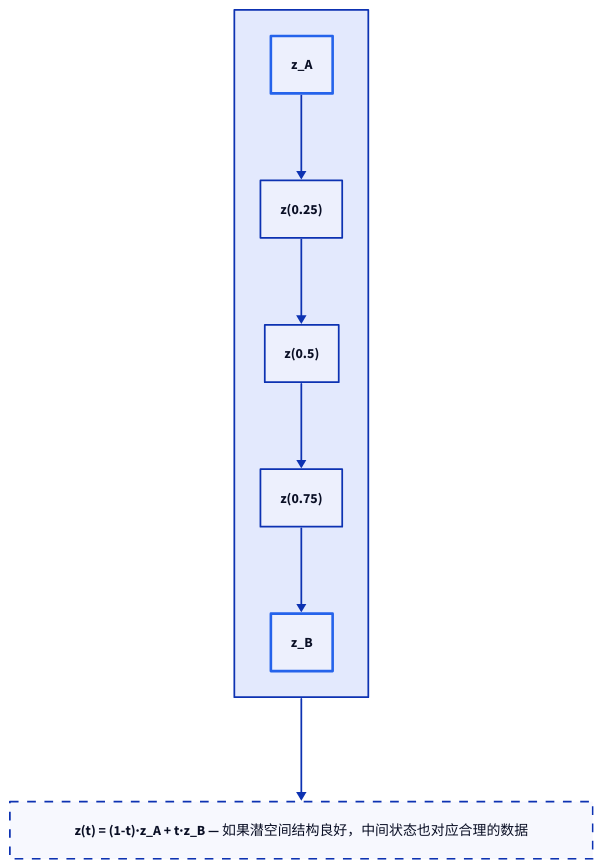
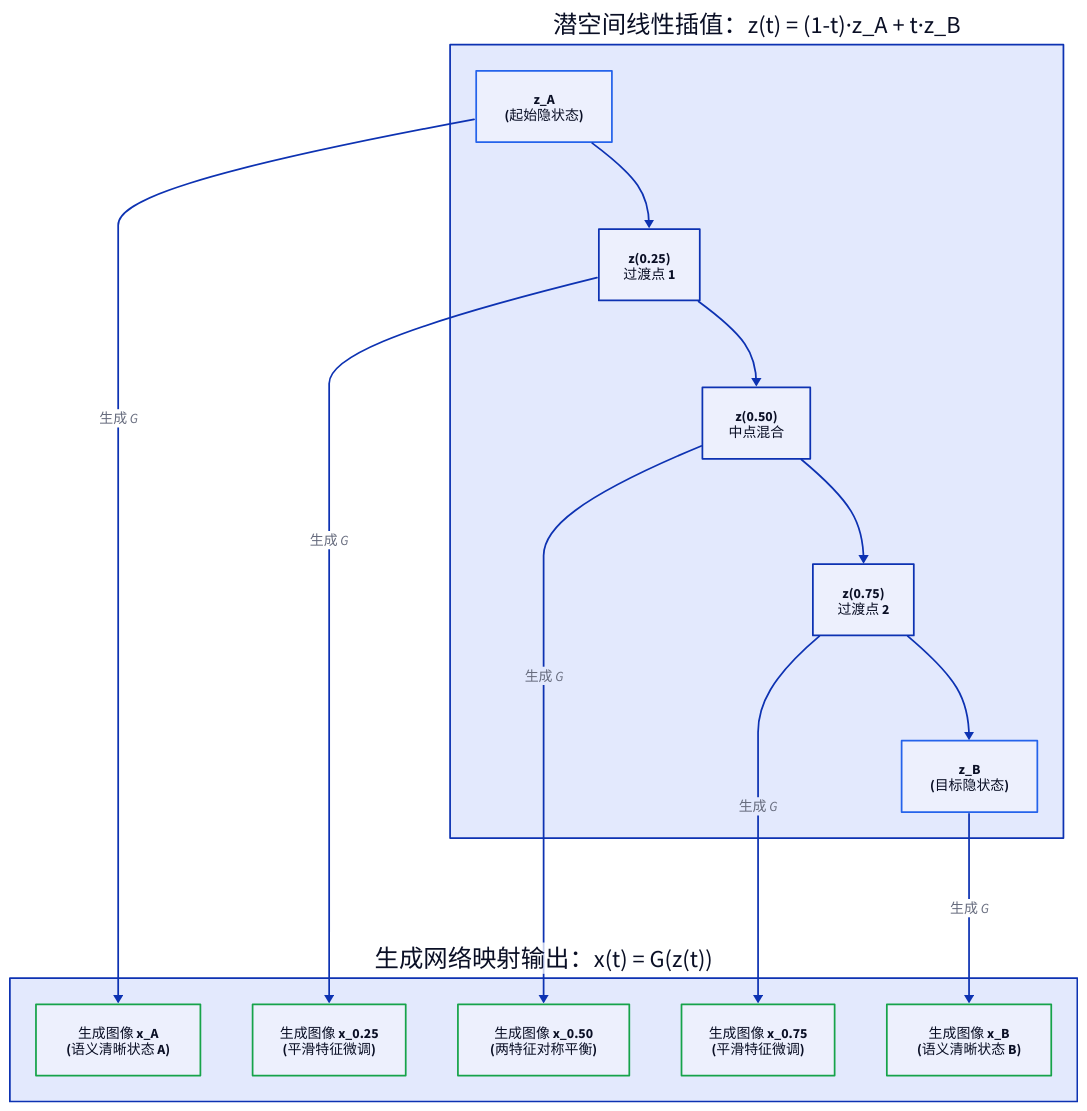
One commit to 111qqz/111qqz.github.io changed the diagram in images/latent-variable-latent-space/latent-interpolation.d2. Above: the diagram before and after it, drawn with D2. The commit also changed 42 other files, not shown here.

Commit message:
fix: 调整潜变量文章标题去除轻佻反问并重构配图机制流程 111qqz/hugo-blog@e597c7957c1e15d87ffbb51f71de50575ddff3ee

```diff
--- a/images/latent-variable-latent-space/latent-interpolation.d2
+++ b/images/latent-variable-latent-space/latent-interpolation.d2
@@ -1,26 +1,44 @@
 direction: down
 
-interp: "Latent Space Interpolation" {
-  label: ""
+interp: "潜空间线性插值：z(t) = (1-t)·z_A + t·z_B" {
   direction: right
-  zA: "z_A" {
+  zA: "z_A\n(起始隐状态)" {
     style.stroke: "#2563eb"
     style.bold: true
-    style.stroke-width: 3
   }
-  z1: "z(0.25)"
-  z2: "z(0.5)"
-  z3: "z(0.75)"
-  zB: "z_B" {
+  z1: "z(0.25)\n过渡点 1"
+  z2: "z(0.50)\n中点混合"
+  z3: "z(0.75)\n过渡点 2"
+  zB: "z_B\n(目标隐状态)" {
     style.stroke: "#2563eb"
     style.bold: true
-    style.stroke-width: 3
   }
   zA -> z1 -> z2 -> z3 -> zB
 }
 
-formula: "z(t) = (1-t)·z_A + t·z_B — 如果潜空间结构良好，中间状态也对应合理的数据" {
-  style.stroke-dash: 5
+decoded: "生成网络映射输出：x(t) = G(z(t))" {
+  direction: right
+  imgA: "生成图像 x_A\n(语义清晰状态 A)" {
+    style.stroke: "#16a34a"
+    style.bold: true
+  }
+  img1: "生成图像 x_0.25\n(平滑特征微调)" {
+    style.stroke: "#16a34a"
+  }
+  img2: "生成图像 x_0.50\n(两特征对称平衡)" {
+    style.stroke: "#16a34a"
+  }
+  img3: "生成图像 x_0.75\n(平滑特征微调)" {
+    style.stroke: "#16a34a"
+  }
+  imgB: "生成图像 x_B\n(语义清晰状态 B)" {
+    style.stroke: "#16a34a"
+    style.bold: true
+  }
 }
 
-interp -> formula
+interp.zA -> decoded.imgA: "生成 G"
+interp.z1 -> decoded.img1: "生成 G"
+interp.z2 -> decoded.img2: "生成 G"
+interp.z3 -> decoded.img3: "生成 G"
+interp.zB -> decoded.imgB: "生成 G"
```
